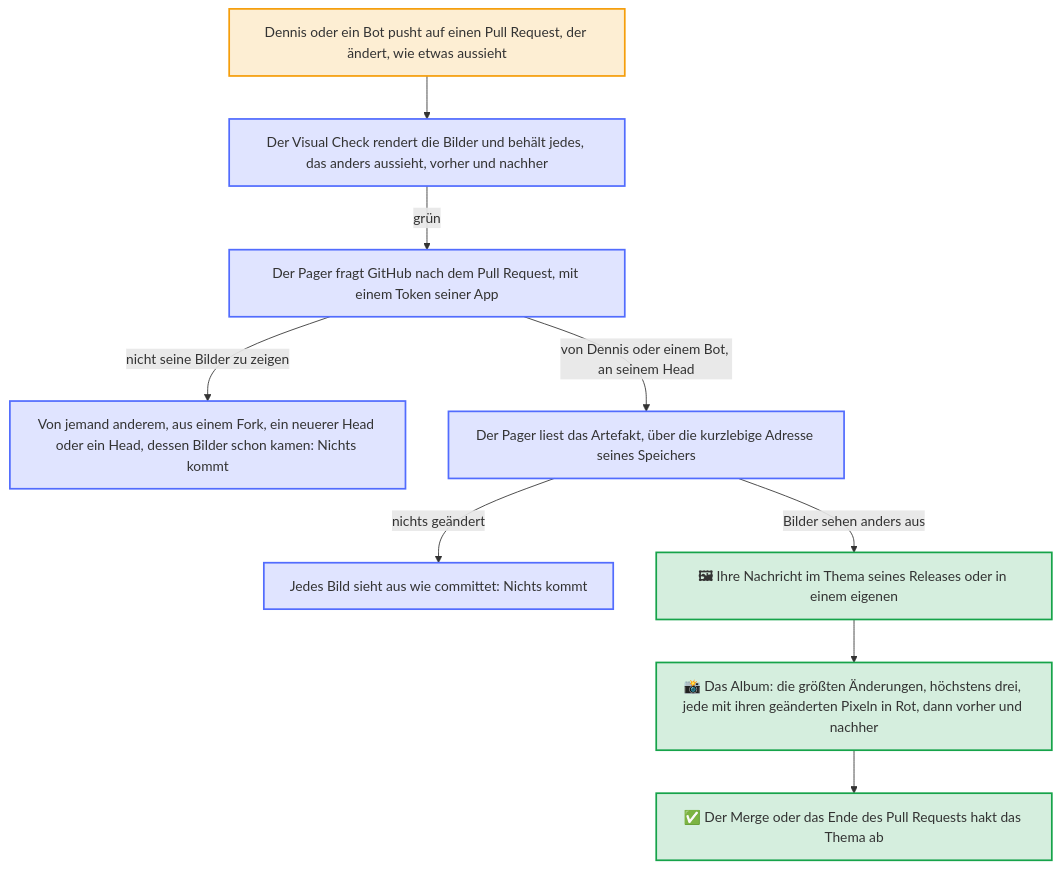
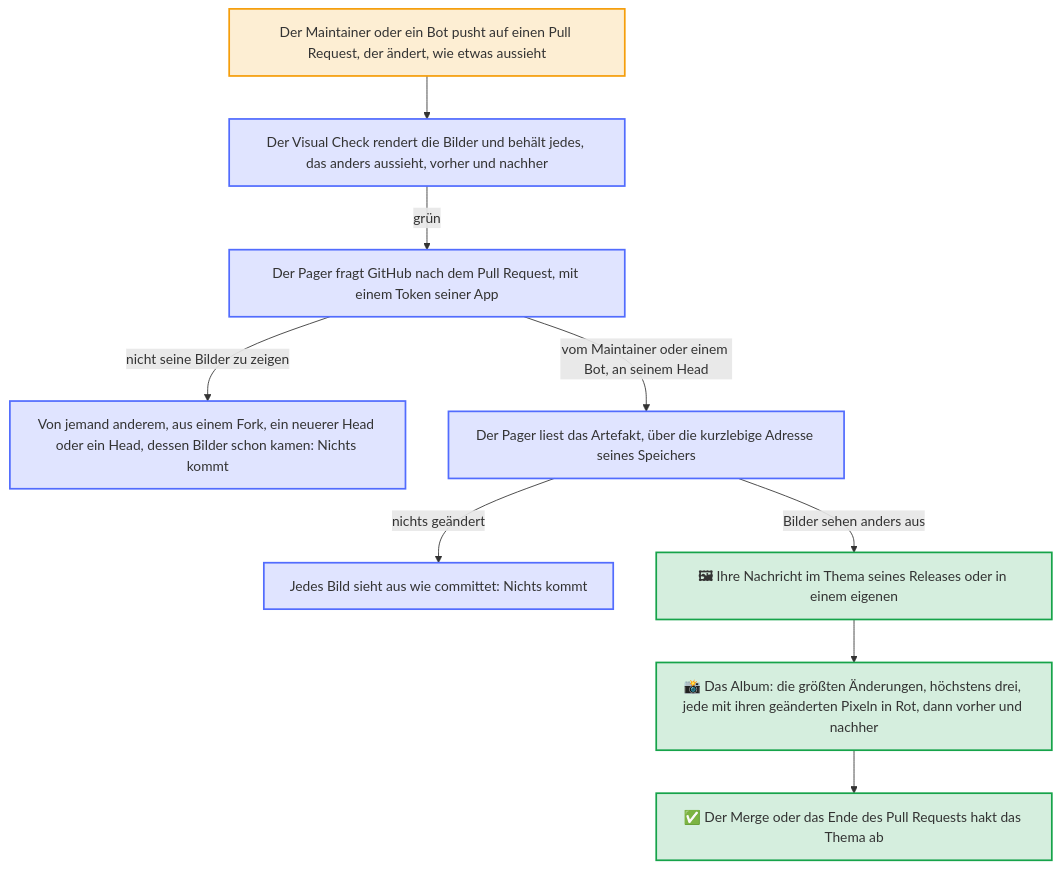
The diagram in docs/diagrams/the-pictures-of-a-visual-change.de.mmd (Dennis-Otto/dennis-otto-pager), drawn with Mermaid before and after one commit. The commit also changed 146 other files, not shown here.

First line of the commit message:
feat: Dennis Otto Pager is now Repo Pager, a pager that anyone runs for their own repositories (#110)

```diff
--- a/docs/diagrams/the-pictures-of-a-visual-change.de.mmd
+++ b/docs/diagrams/the-pictures-of-a-visual-change.de.mmd
@@ -1,32 +1,32 @@
 ---
 config:
   flowchart:
     wrappingWidth: 400
 ---
 flowchart TB
     accTitle: Die Bilder einer sichtbaren Änderung
-    accDescr: Dennis oder ein Bot pusht auf einen Pull Request, der ändert, wie etwas aussieht, und sein Visual Check rendert die Bilder neu und behält jedes, das anders aussieht, in einem Artefakt, vorher und nachher. Ist der Check grün, fragt der Pager GitHub nach dem Pull Request, mit einem Token seiner App. Einer von jemand anderem, aus einem Fork oder einer, der zu einem neueren Head weiterzog, endet dort, ebenso ein Head, dessen Bilder schon kamen. Sonst liest der Pager das Artefakt mit demselben Token, über die kurzlebige Adresse seines Speichers. Sieht jedes Bild aus wie committet, kommt nichts. Sehen welche anders aus, geht ihre Nachricht in das Thema seines Releases oder einer eigenen Sache, und das Album der größten Änderungen folgt, höchstens drei Bilder, jedes mit seinen geänderten Pixeln in Rot, wenn der Check sie gezeichnet hat, dann vorher und nachher. Der Merge oder das Ende des Pull Requests hakt das Thema ab.
+    accDescr: Der Maintainer oder ein Bot pusht auf einen Pull Request, der ändert, wie etwas aussieht, und sein Visual Check rendert die Bilder neu und behält jedes, das anders aussieht, in einem Artefakt, vorher und nachher. Ist der Check grün, fragt der Pager GitHub nach dem Pull Request, mit einem Token seiner App. Einer von jemand anderem, aus einem Fork oder einer, der zu einem neueren Head weiterzog, endet dort, ebenso ein Head, dessen Bilder schon kamen. Sonst liest der Pager das Artefakt mit demselben Token, über die kurzlebige Adresse seines Speichers. Sieht jedes Bild aus wie committet, kommt nichts. Sehen welche anders aus, geht ihre Nachricht in das Thema seines Releases oder einer eigenen Sache, und das Album der größten Änderungen folgt, höchstens drei Bilder, jedes mit seinen geänderten Pixeln in Rot, wenn der Check sie gezeichnet hat, dann vorher und nachher. Der Merge oder das Ende des Pull Requests hakt das Thema ab.
 
-    push["`Dennis oder ein Bot pusht auf einen Pull Request, der ändert, wie etwas aussieht`"]
+    push["`Der Maintainer oder ein Bot pusht auf einen Pull Request, der ändert, wie etwas aussieht`"]
     check["`Der Visual Check rendert die Bilder und behält jedes, das anders aussieht, vorher und nachher`"]
     ask["Der Pager fragt GitHub nach dem Pull Request, mit einem Token seiner App"]
     stop["`Von jemand anderem, aus einem Fork, ein neuerer Head oder ein Head, dessen Bilder schon kamen: Nichts kommt`"]
     read["`Der Pager liest das Artefakt, über die kurzlebige Adresse seines Speichers`"]
     same["`Jedes Bild sieht aus wie committet: Nichts kommt`"]
     topic["`**🖼** Ihre Nachricht im Thema seines Releases oder in einem eigenen`"]
     album["`**📸** Das Album: die größten Änderungen, höchstens drei, jede mit ihren geänderten Pixeln in Rot, dann vorher und nachher`"]
     done["`**✅** Der Merge oder das Ende des Pull Requests hakt das Thema ab`"]
 
     push --> check
     check -- "grün" --> ask
     ask -- "nicht seine Bilder zu zeigen" --> stop
-    ask -- "von Dennis oder einem Bot, an seinem Head" --> read
+    ask -- "vom Maintainer oder einem Bot, an seinem Head" --> read
     read -- "nichts geändert" --> same
     read -- "Bilder sehen anders aus" --> topic --> album --> done
 
     classDef you fill:#f59e0b2e,stroke:#f59e0b,stroke-width:2px
     classDef bot fill:#526cfe2e,stroke:#526cfe,stroke-width:2px
     classDef done fill:#16a34a2e,stroke:#16a34a,stroke-width:2px
     class push you
     class check,ask,stop,read,same bot
     class topic,album,done done
```
